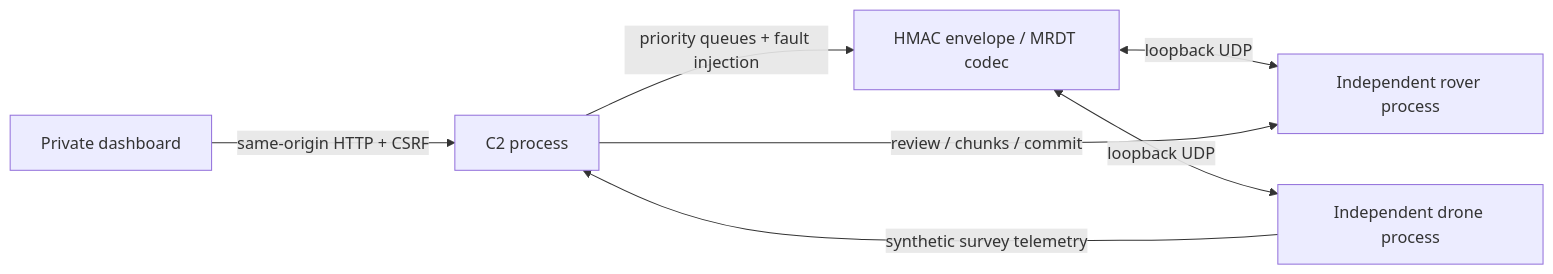
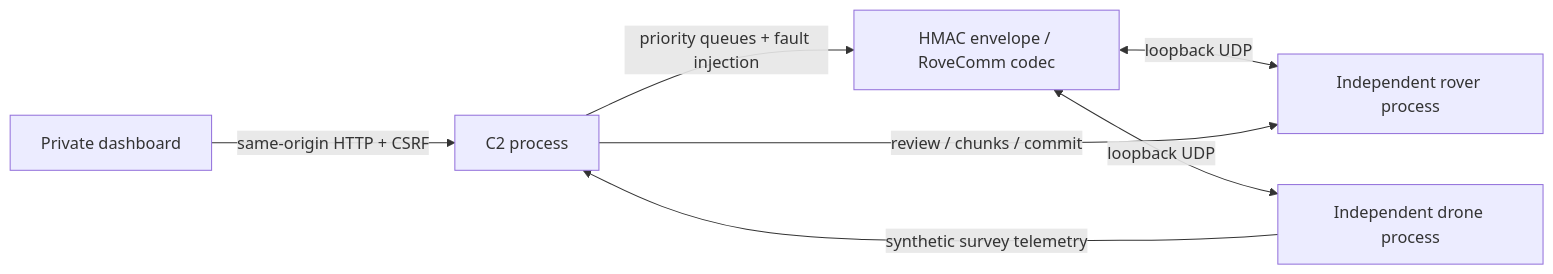
The diagram in docs/architecture.md (adrielsta/COMMS.URC27.NCC), drawn with Mermaid before and after one commit. The commit also changed other lines of this file and 17 other files, not shown here.

````diff
--- a/docs/architecture.md
+++ b/docs/architecture.md
@@ -5,9 +5,9 @@
 ```mermaid
 flowchart LR
     UI[Private dashboard] -->|same-origin HTTP + CSRF| C2[C2 process]
-    C2 -->|priority queues + fault injection| W[HMAC envelope / MRDT codec]
+    C2 -->|priority queues + fault injection| W[HMAC envelope / RoveComm codec]
     W <-->|loopback UDP| R[Independent rover process]
     W <-->|loopback UDP| D[Independent drone process]
     D -->|synthetic survey telemetry| C2
     C2 -->|review / chunks / commit| R
 ```
````
